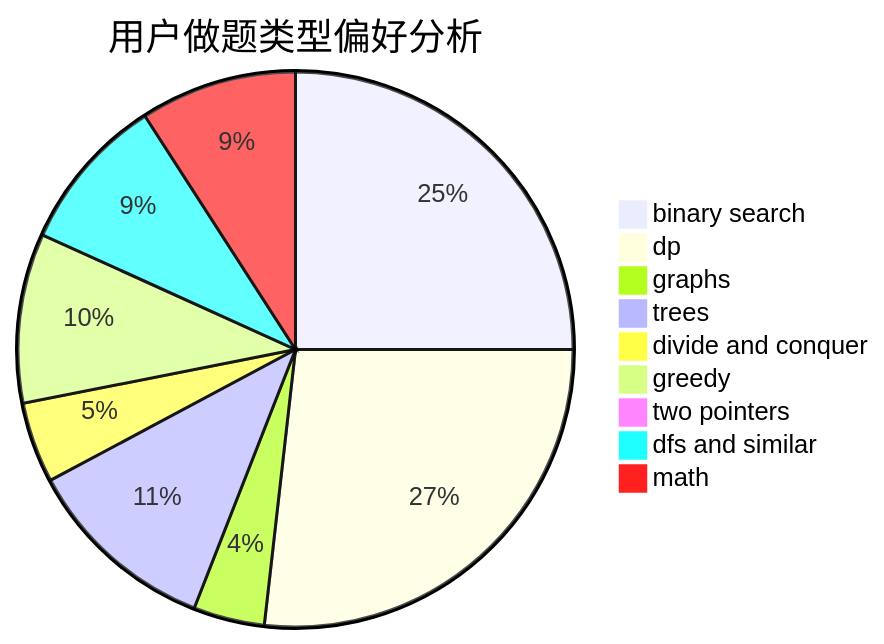
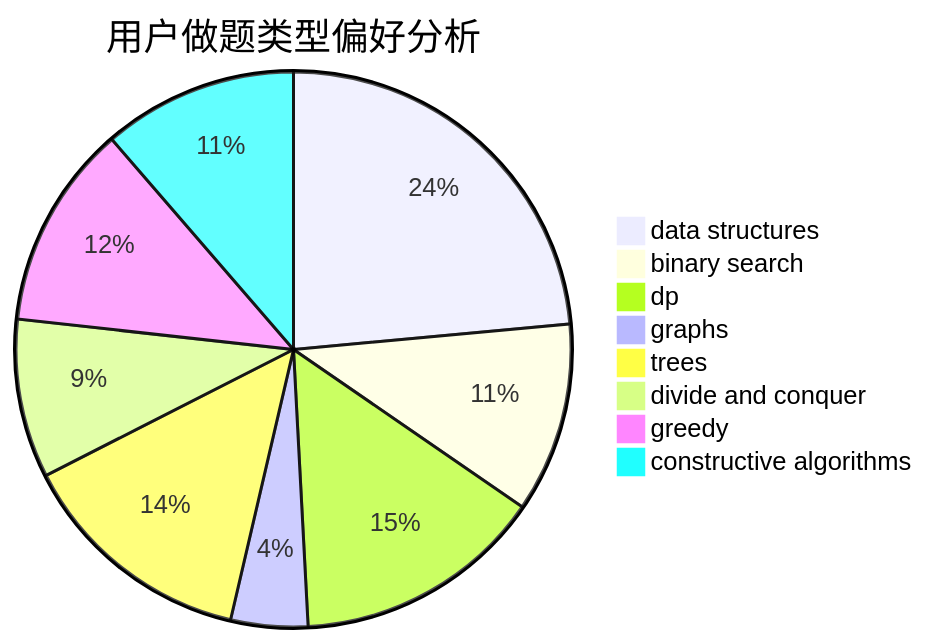
One commit to sherpahu/cfrs.github.io changed the second of 3 diagrams in docs/user/u258.md. Above: the diagram before and after it, drawn with Mermaid. The commit also changed other lines of this file and 2775 other files, not shown here.

````diff
--- a/docs/user/u258.md
+++ b/docs/user/u258.md
@@ -23,12 +23,11 @@
 ```mermaid
 pie title 用户做题类型偏好分析
-    "binary search" :  362
-    "dp" :  388
-    "graphs" :  60
-    "trees" :  163
-    "divide and conquer" :  68
-    "greedy" :  143
-    "two pointers" :  3
-    "dfs and similar" :  132
-    "math" :  132
+    "data structures" :  168
+    "binary search" :  79
+    "dp" :  104
+    "graphs" :  32
+    "trees" :  99
+    "divide and conquer" :  66
+    "greedy" :  85
+    "constructive algorithms" :  81
 ```
````
